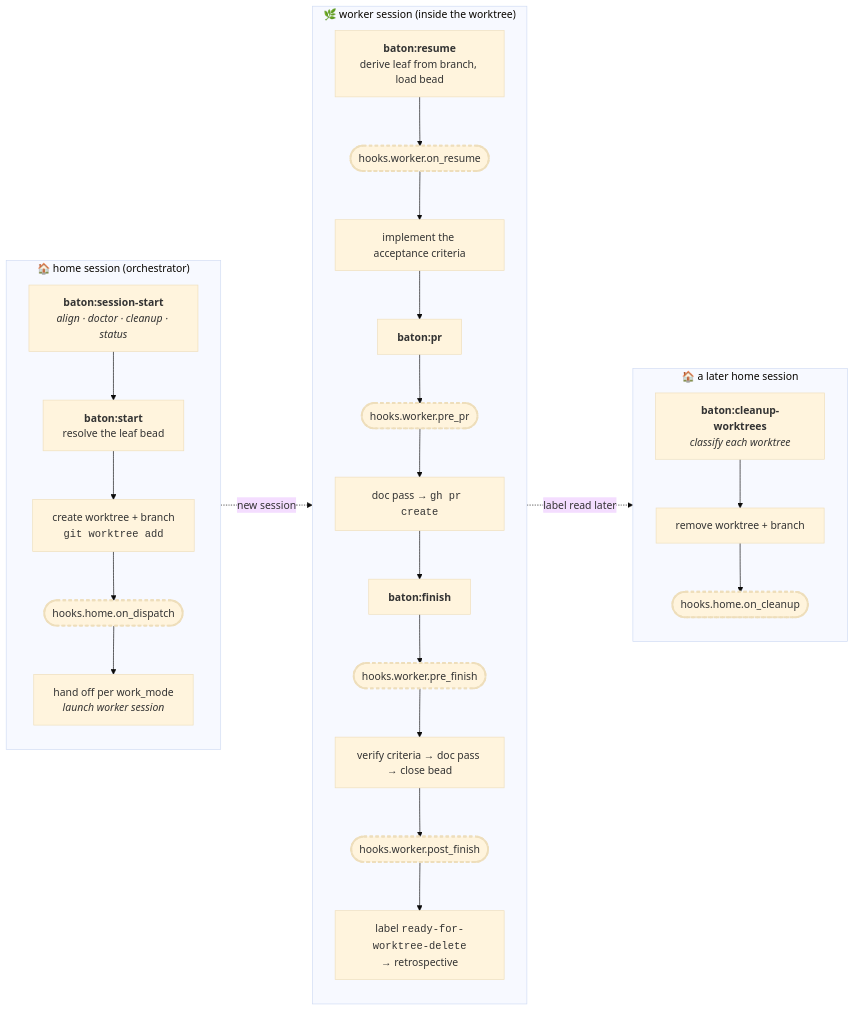
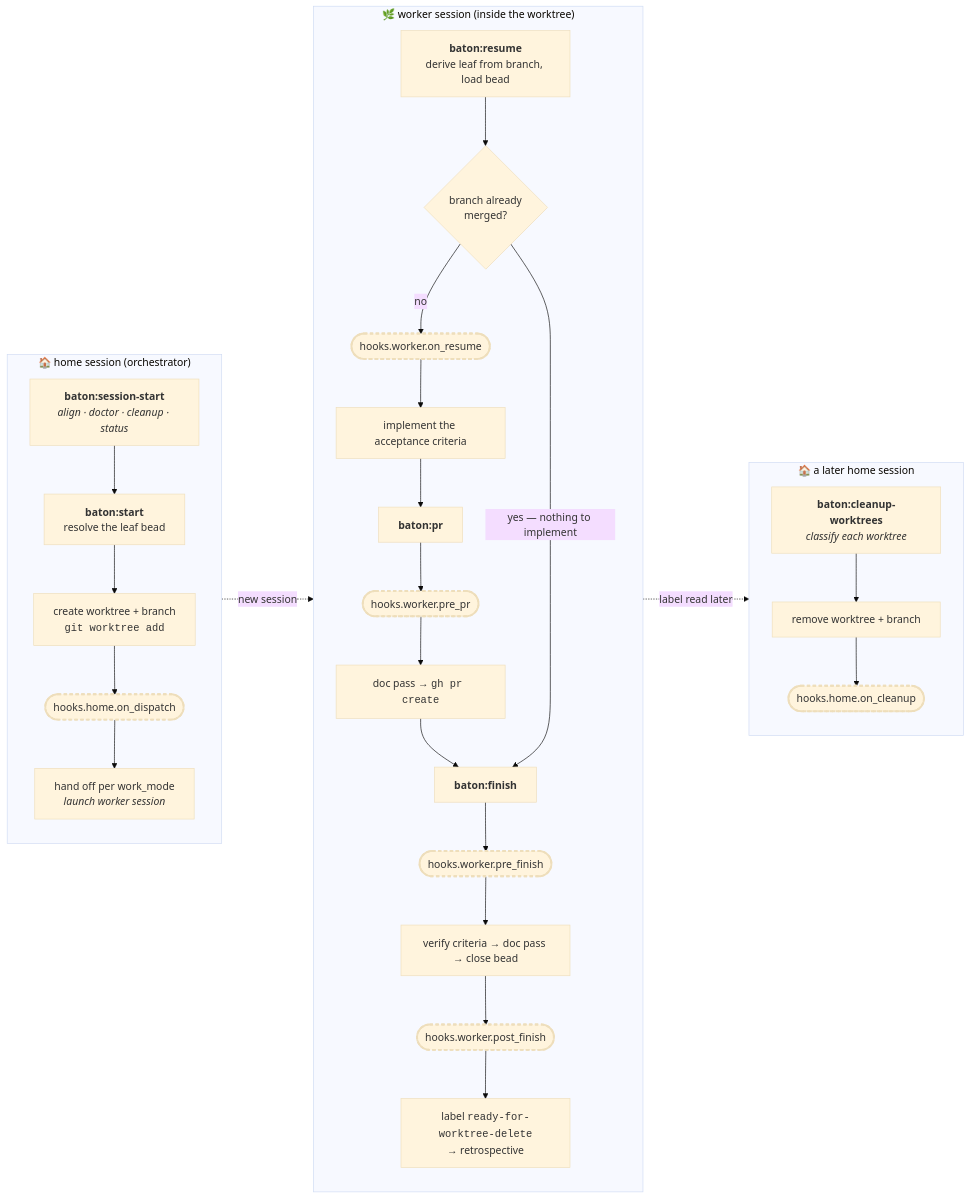
Before and after one commit to jhuizingh/maestro: the diagram in baton/README.md, drawn with Mermaid (base theme). The commit also changed other lines of this file and 7 other files, not shown here.

````diff
--- a/baton/README.md
+++ b/baton/README.md
@@ -93,42 +93,45 @@
 ```mermaid
 flowchart LR
     subgraph HOME["🏠 home session (orchestrator)"]
         direction TB
         SS["<b>baton:session-start</b><br/><i>align · doctor · cleanup · status</i>"]
         ST1["<b>baton:start</b><br/>resolve the leaf bead"]
         ST2["create worktree + branch<br/><code>git worktree add</code>"]
         HD(["hooks.home.on_dispatch"])
         ST3["hand off per work_mode<br/><i>launch worker session</i>"]
         SS --> ST1 --> ST2 --> HD --> ST3
     end
 
     subgraph WORKER["🌿 worker session (inside the worktree)"]
         direction TB
         RS["<b>baton:resume</b><br/>derive leaf from branch, load bead"]
+        MC{"branch already<br/>merged?"}
         WR(["hooks.worker.on_resume"])
         IMPL["implement the acceptance criteria"]
         PR1["<b>baton:pr</b>"]
         WP(["hooks.worker.pre_pr"])
         PR2["doc pass → <code>gh pr create</code>"]
         FI1["<b>baton:finish</b>"]
         WF(["hooks.worker.pre_finish"])
         FI2["verify criteria → doc pass → close bead"]
         WPF(["hooks.worker.post_finish"])
         FI3["label <code>ready-for-worktree-delete</code><br/>→ retrospective"]
-        RS --> WR --> IMPL --> PR1 --> WP --> PR2 --> FI1 --> WF --> FI2 --> WPF --> FI3
+        RS --> MC
+        MC -->|no| WR --> IMPL --> PR1 --> WP --> PR2 --> FI1 --> WF --> FI2 --> WPF --> FI3
+        MC -->|"yes — nothing to implement"| FI1
     end
 
     subgraph LATER["🏠 a later home session"]
         direction TB
         CW["<b>baton:cleanup-worktrees</b><br/><i>classify each worktree</i>"]
         CW2["remove worktree + branch"]
         HC(["hooks.home.on_cleanup"])
         CW --> CW2 --> HC
     end
 
     ST3 -.->|new session| RS
     FI3 -.->|"label read later"| CW
 
     classDef hook stroke-width:3px,stroke-dasharray:5 4;
     class HD,HC,WR,WP,WF,WPF hook;
 ```
````
